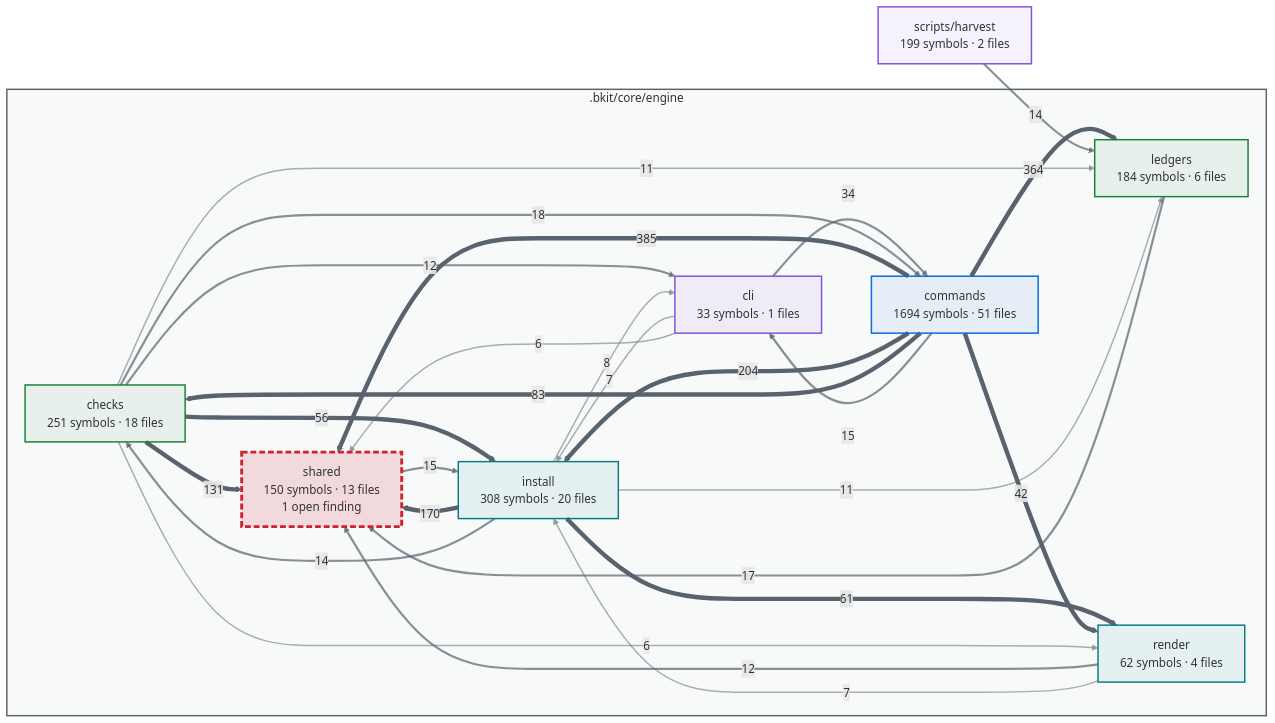
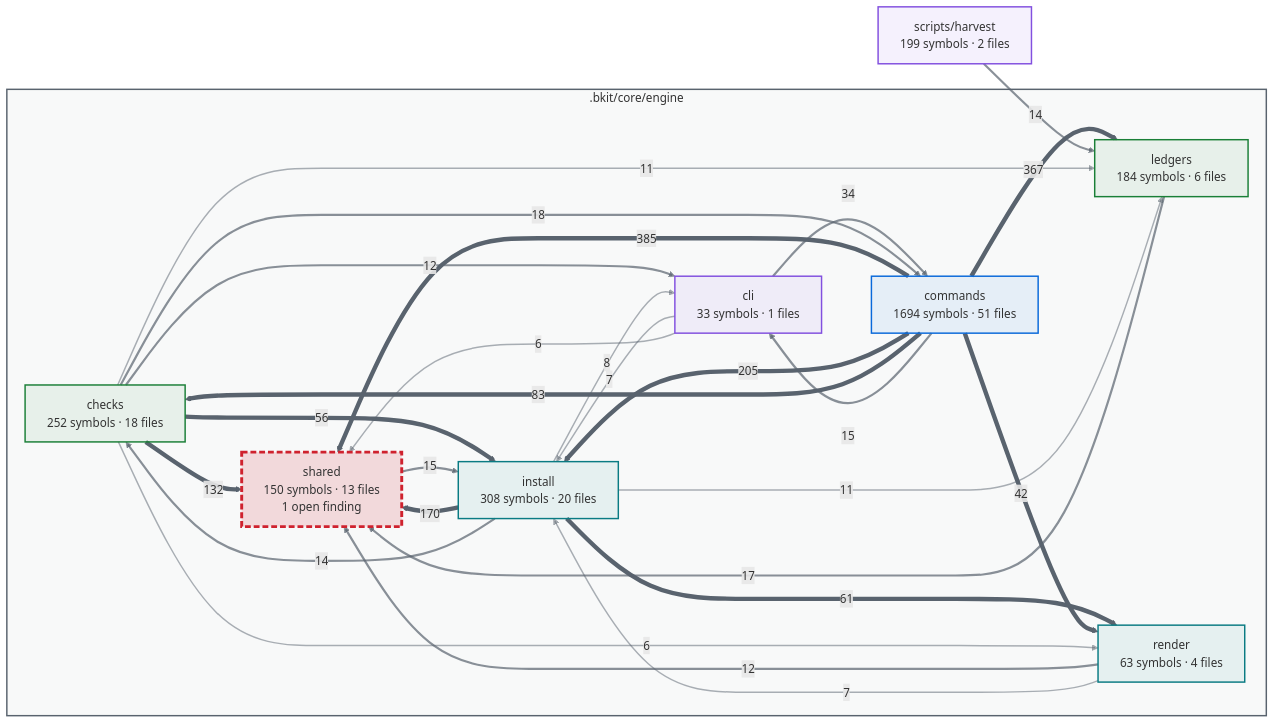
Before and after one commit to cbartens/bkit: the first of 2 diagrams in docs/capabilities.md, drawn with Mermaid. The commit also changed other lines of this file and 50 other files, not shown here.

````diff
--- a/docs/capabilities.md
+++ b/docs/capabilities.md
@@ -154,80 +154,80 @@
 ```mermaid
 ---
 config:
   layout: dagre
   themeCSS: "marker { overflow: visible; } marker path { transform: scale(1.8); transform-origin: 5px 5px; }"
   flowchart:
     useMaxWidth: false
 ---
 flowchart LR
   %% Generated by bkit-graphify-rollup.py — do not edit
   subgraph gn_bkit_core_engine[".bkit/core/engine"]
-    n_bkit_core_engine_checks["checks<br/>251 symbols · 18 files"]
+    n_bkit_core_engine_checks["checks<br/>252 symbols · 18 files"]
     n_bkit_core_engine_cli["cli<br/>33 symbols · 1 files"]
     n_bkit_core_engine_commands["commands<br/>1694 symbols · 51 files"]
     n_bkit_core_engine_install["install<br/>308 symbols · 20 files"]
     n_bkit_core_engine_ledgers["ledgers<br/>184 symbols · 6 files"]
-    n_bkit_core_engine_render["render<br/>62 symbols · 4 files"]
+    n_bkit_core_engine_render["render<br/>63 symbols · 4 files"]
     n_bkit_core_engine_shared["shared<br/>150 symbols · 13 files<br/>1 open finding"]
   end
   nscripts_harvest["scripts/harvest<br/>199 symbols · 2 files"]
   n_bkit_core_engine_commands -->|385| n_bkit_core_engine_shared
-  n_bkit_core_engine_commands -->|364| n_bkit_core_engine_ledgers
-  n_bkit_core_engine_commands -->|204| n_bkit_core_engine_install
+  n_bkit_core_engine_commands -->|367| n_bkit_core_engine_ledgers
+  n_bkit_core_engine_commands -->|205| n_bkit_core_engine_install
   n_bkit_core_engine_install -->|170| n_bkit_core_engine_shared
-  n_bkit_core_engine_checks -->|131| n_bkit_core_engine_shared
+  n_bkit_core_engine_checks -->|132| n_bkit_core_engine_shared
   n_bkit_core_engine_commands -->|83| n_bkit_core_engine_checks
   n_bkit_core_engine_install -->|61| n_bkit_core_engine_render
   n_bkit_core_engine_checks -->|56| n_bkit_core_engine_install
   n_bkit_core_engine_commands -->|42| n_bkit_core_engine_render
   n_bkit_core_engine_cli -->|34| n_bkit_core_engine_commands
   n_bkit_core_engine_checks -->|18| n_bkit_core_engine_commands
   n_bkit_core_engine_ledgers -->|17| n_bkit_core_engine_shared
   n_bkit_core_engine_shared -->|15| n_bkit_core_engine_install
   n_bkit_core_engine_commands -->|15| n_bkit_core_engine_cli
   n_bkit_core_engine_install -->|14| n_bkit_core_engine_checks
   nscripts_harvest -->|14| n_bkit_core_engine_ledgers
   n_bkit_core_engine_checks -->|12| n_bkit_core_engine_cli
   n_bkit_core_engine_render -->|12| n_bkit_core_engine_shared
   n_bkit_core_engine_checks -->|11| n_bkit_core_engine_ledgers
   n_bkit_core_engine_install -->|11| n_bkit_core_engine_ledgers
   n_bkit_core_engine_install -->|8| n_bkit_core_engine_cli
   n_bkit_core_engine_cli -->|7| n_bkit_core_engine_install
   n_bkit_core_engine_render -->|7| n_bkit_core_engine_install
   n_bkit_core_engine_checks -->|6| n_bkit_core_engine_render
   n_bkit_core_engine_cli -->|6| n_bkit_core_engine_shared
   style gn_bkit_core_engine fill:#59636e0a,stroke:#59636e,stroke-width:2px
   style n_bkit_core_engine_checks stroke:#1a7f37,stroke-width:2px,fill:#1a7f3714
   style n_bkit_core_engine_cli stroke:#8250df,stroke-width:2px,fill:#8250df14
   style n_bkit_core_engine_commands stroke:#0969da,stroke-width:2px,fill:#0969da14
   style n_bkit_core_engine_install stroke:#0a7b83,stroke-width:2px,fill:#0a7b8314
   style n_bkit_core_engine_ledgers stroke:#1a7f37,stroke-width:2px,fill:#1a7f3714
   style n_bkit_core_engine_render stroke:#0a7b83,stroke-width:2px,fill:#0a7b8314
   style n_bkit_core_engine_shared stroke:#cf222e,stroke-width:4px,stroke-dasharray:8 4,fill:#cf222e26
   style nscripts_harvest stroke:#8250df,stroke-width:2px,fill:#8250df14
   linkStyle 0 stroke:#59636e,stroke-width:6px
   linkStyle 1 stroke:#59636e,stroke-width:6px
   linkStyle 2 stroke:#59636e,stroke-width:6px
   linkStyle 3 stroke:#59636e,stroke-width:6px
   linkStyle 4 stroke:#59636e,stroke-width:6px
   linkStyle 5 stroke:#59636e,stroke-width:6px
   linkStyle 6 stroke:#59636e,stroke-width:6px
   linkStyle 7 stroke:#59636e,stroke-width:6px
   linkStyle 8 stroke:#59636e,stroke-width:6px
   linkStyle 9 stroke:#59636eb3,stroke-width:3px
   linkStyle 10 stroke:#59636eb3,stroke-width:3px
   linkStyle 11 stroke:#59636eb3,stroke-width:3px
   linkStyle 12 stroke:#59636eb3,stroke-width:3px
   linkStyle 13 stroke:#59636eb3,stroke-width:3px
   linkStyle 14 stroke:#59636eb3,stroke-width:3px
   linkStyle 15 stroke:#59636eb3,stroke-width:3px
   linkStyle 16 stroke:#59636eb3,stroke-width:3px
   linkStyle 17 stroke:#59636eb3,stroke-width:3px
   linkStyle 18 stroke:#59636e80,stroke-width:2px
   linkStyle 19 stroke:#59636e80,stroke-width:2px
   linkStyle 20 stroke:#59636e80,stroke-width:2px
   linkStyle 21 stroke:#59636e80,stroke-width:2px
   linkStyle 22 stroke:#59636e80,stroke-width:2px
   linkStyle 23 stroke:#59636e80,stroke-width:2px
   linkStyle 24 stroke:#59636e80,stroke-width:2px
 ```
````
